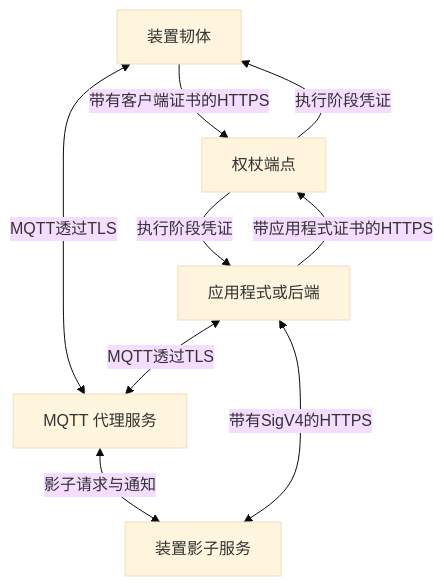
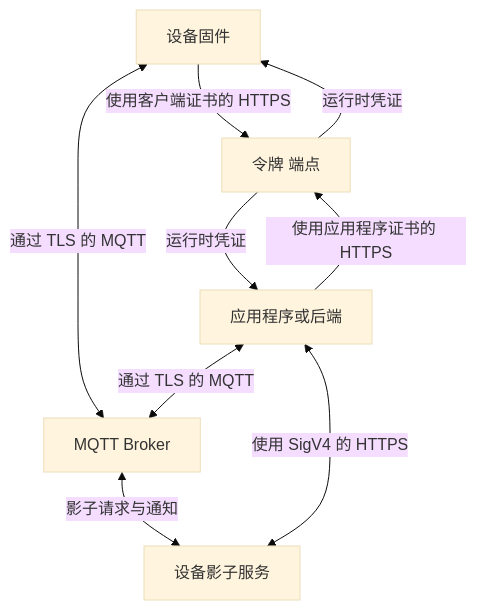
Before and after one commit to hkt999rtk/rtk_cloud_admin: the diagram in web/content/developer-docs/assets/service-overview.zh-CN.mmd, drawn with Mermaid (base theme). The commit also changed 178 other files, not shown here.

```diff
--- a/web/content/developer-docs/assets/service-overview.zh-CN.mmd
+++ b/web/content/developer-docs/assets/service-overview.zh-CN.mmd
@@ -1,9 +1,9 @@
 flowchart TB
-    D[装置韧体] <-->|MQTT透过TLS| B[MQTT 代理服务]
-    A[应用程式或后端] <-->|MQTT透过TLS| B
-    B <-->|影子请求与通知| S[装置影子服务]
-    A <-->|带有SigV4的HTTPS| S
-    D -->|带有客户端证书的HTTPS| T[权杖端点]
-    A -->|带应用程式证书的HTTPS| T
-    T -->|执行阶段凭证| D
-    T -->|执行阶段凭证| A
+    D[设备固件] <-->|通过 TLS 的 MQTT| B[MQTT Broker]
+    A[应用程序或后端] <-->|通过 TLS 的 MQTT| B
+    B <-->|影子请求与通知| S[设备影子服务]
+    A <-->|使用 SigV4 的 HTTPS| S
+    D -->|使用客户端证书的 HTTPS| T[令牌 端点]
+    A -->|使用应用程序证书的 HTTPS| T
+    T -->|运行时凭证| D
+    T -->|运行时凭证| A
```
